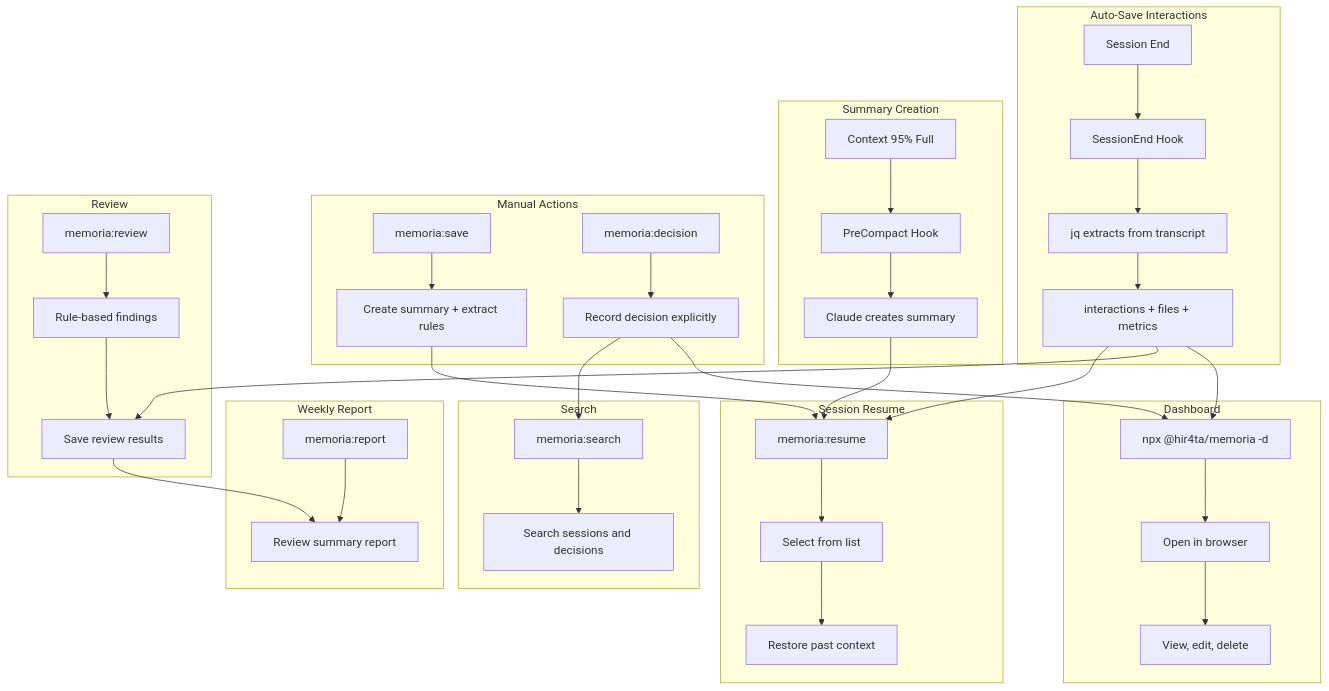
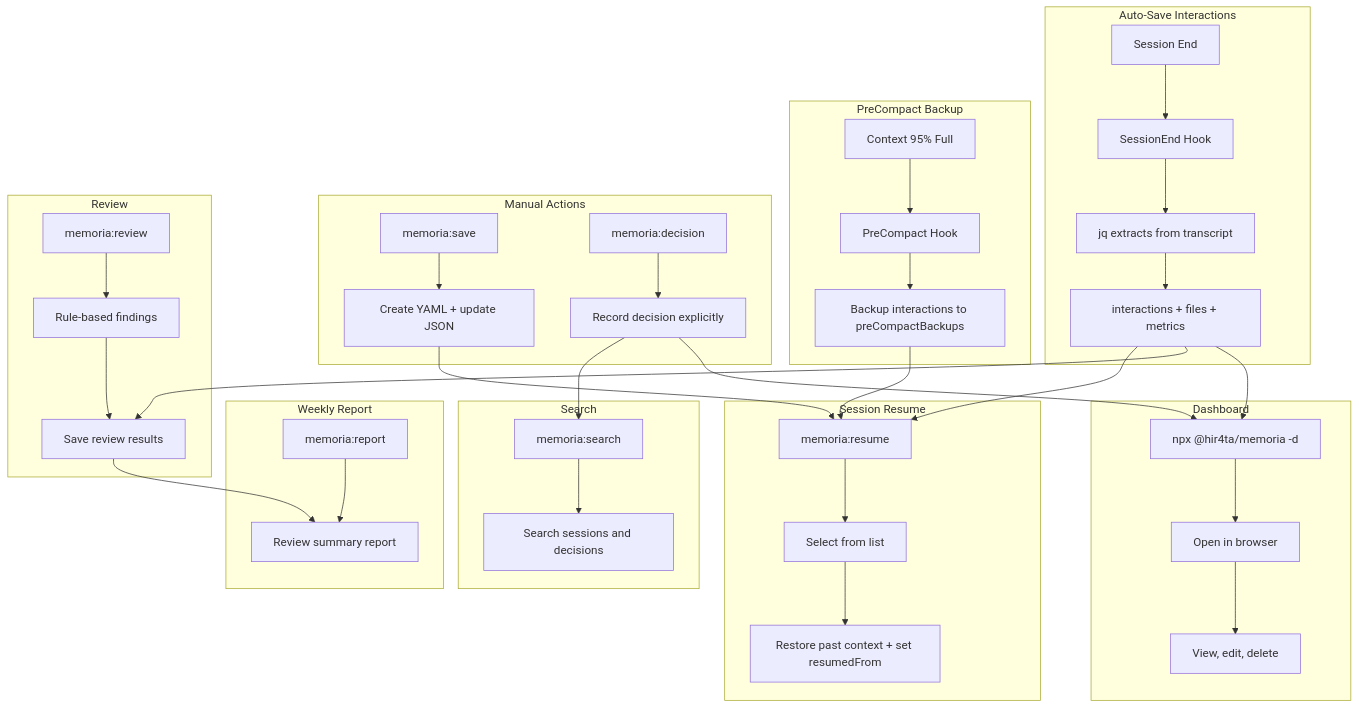
Before and after one commit to hir4ta/memoria: the diagram in README.md, drawn with Mermaid. The commit also changed other lines of this file and 30 other files, not shown here.

````diff
--- a/README.md
+++ b/README.md
@@ -165,50 +188,50 @@
 ```mermaid
 flowchart TB
     subgraph autosave [Auto-Save Interactions]
         A[Session End] --> B[SessionEnd Hook]
         B --> C[jq extracts from transcript]
         C --> D[interactions + files + metrics]
     end
 
-    subgraph summary [Summary Creation]
+    subgraph backup [PreCompact Backup]
         E[Context 95% Full] --> F[PreCompact Hook]
-        F --> G[Claude creates summary]
+        F --> G[Backup interactions to preCompactBackups]
     end
 
     subgraph manual [Manual Actions]
-        H["memoria:save"] --> I[Create summary + extract rules]
+        H["memoria:save"] --> I[Create YAML + update JSON]
         J["memoria:decision"] --> K[Record decision explicitly]
     end
 
     subgraph resume [Session Resume]
         L["memoria:resume"] --> M[Select from list]
-        M --> N[Restore past context]
+        M --> N[Restore past context + set resumedFrom]
     end
 
     subgraph search [Search]
         O["memoria:search"] --> P[Search sessions and decisions]
     end
 
     subgraph review [Review]
         Q["memoria:review"] --> R[Rule-based findings]
         R --> S[Save review results]
     end
 
     subgraph report [Weekly Report]
         T["memoria:report"] --> U[Review summary report]
     end
 
     subgraph dashboard [Dashboard]
         V["npx @hir4ta/memoria -d"] --> W[Open in browser]
         W --> X[View, edit, delete]
     end
 
     D --> L
     G --> L
     I --> L
     K --> O
     D --> S
     S --> U
     D --> V
     K --> V
 ```
````
